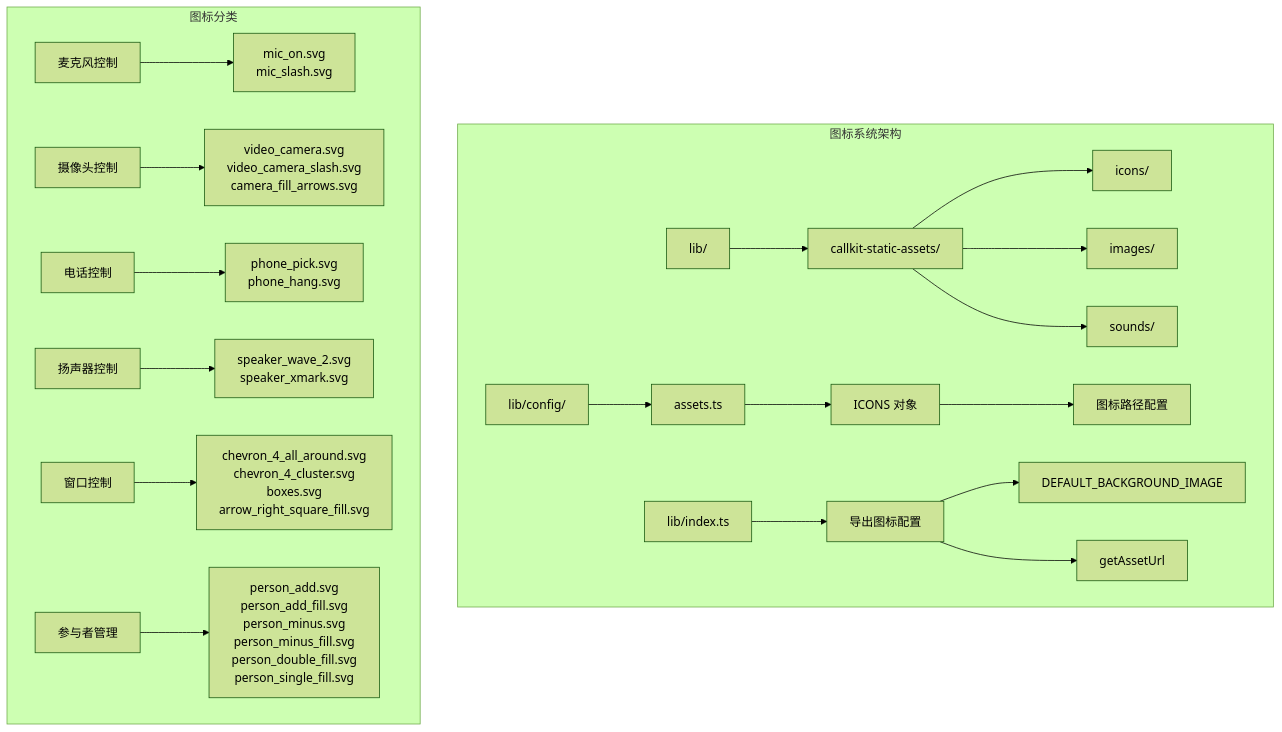
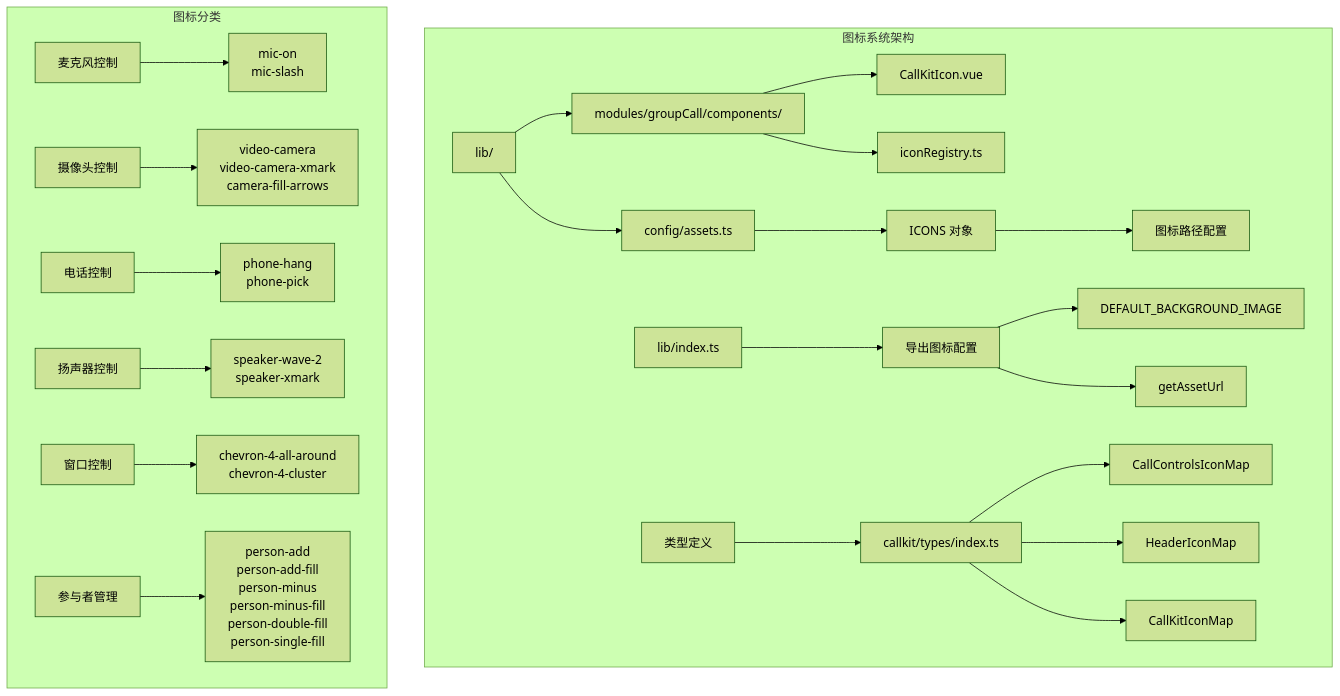
Before and after one commit to Easemob-Community/easemob-uikit-callkit-vue3: the first of 5 diagrams in .qoder/repowiki/zh/content/核心组件/群组通话模块/图标系统.md, drawn with Mermaid (forest theme). The commit also changed other lines of this file and 40 other files, not shown here.

````diff
--- a/.qoder/repowiki/zh/content/核心组件/群组通话模块/图标系统.md
+++ b/.qoder/repowiki/zh/content/核心组件/群组通话模块/图标系统.md
@@ -29,23 +45,26 @@
 ```mermaid
 graph TB
 subgraph "图标系统架构"
-A[lib/] --> B[callkit-static-assets/]
-B --> C[icons/]
-B --> D[images/]
-B --> E[sounds/]
-F[lib/config/] --> G[assets.ts]
-G --> H[ICONS 对象]
-H --> I[图标路径配置]
-J[lib/index.ts] --> K[导出图标配置]
-K --> L[DEFAULT_BACKGROUND_IMAGE]
-K --> M[getAssetUrl]
+A[lib/] --> B[modules/groupCall/components/]
+B --> C[CallKitIcon.vue]
+B --> D[iconRegistry.ts]
+A --> E[config/assets.ts]
+E --> F[ICONS 对象]
+F --> G[图标路径配置]
+H[lib/index.ts] --> I[导出图标配置]
+I --> J[DEFAULT_BACKGROUND_IMAGE]
+I --> K[getAssetUrl]
+L[类型定义] --> M[callkit/types/index.ts]
+M --> N[CallControlsIconMap]
+M --> O[HeaderIconMap]
+M --> P[CallKitIconMap]
 end
 subgraph "图标分类"
-N[麦克风控制] --> O[mic_on.svg<br/>mic_slash.svg]
-P[摄像头控制] --> Q[video_camera.svg<br/>video_camera_slash.svg<br/>camera_fill_arrows.svg]
-R[电话控制] --> S[phone_pick.svg<br/>phone_hang.svg]
-T[扬声器控制] --> U[speaker_wave_2.svg<br/>speaker_xmark.svg]
-V[窗口控制] --> W[chevron_4_all_around.svg<br/>chevron_4_cluster.svg<br/>boxes.svg<br/>arrow_right_square_fill.svg]
-X[参与者管理] --> Y[person_add.svg<br/>person_add_fill.svg<br/>person_minus.svg<br/>person_minus_fill.svg<br/>person_double_fill.svg<br/>person_single_fill.svg]
+Q[麦克风控制] --> R[mic-on<br/>mic-slash]
+S[摄像头控制] --> T[video-camera<br/>video-camera-xmark<br/>camera-fill-arrows]
+U[电话控制] --> V[phone-hang<br/>phone-pick]
+W[扬声器控制] --> X[speaker-wave-2<br/>speaker-xmark]
+Y[窗口控制] --> Z[chevron-4-all-around<br/>chevron-4-cluster]
+AA[参与者管理] --> AB[person-add<br/>person-add-fill<br/>person-minus<br/>person-minus-fill<br/>person-double-fill<br/>person-single-fill]
 end
 ```
````
